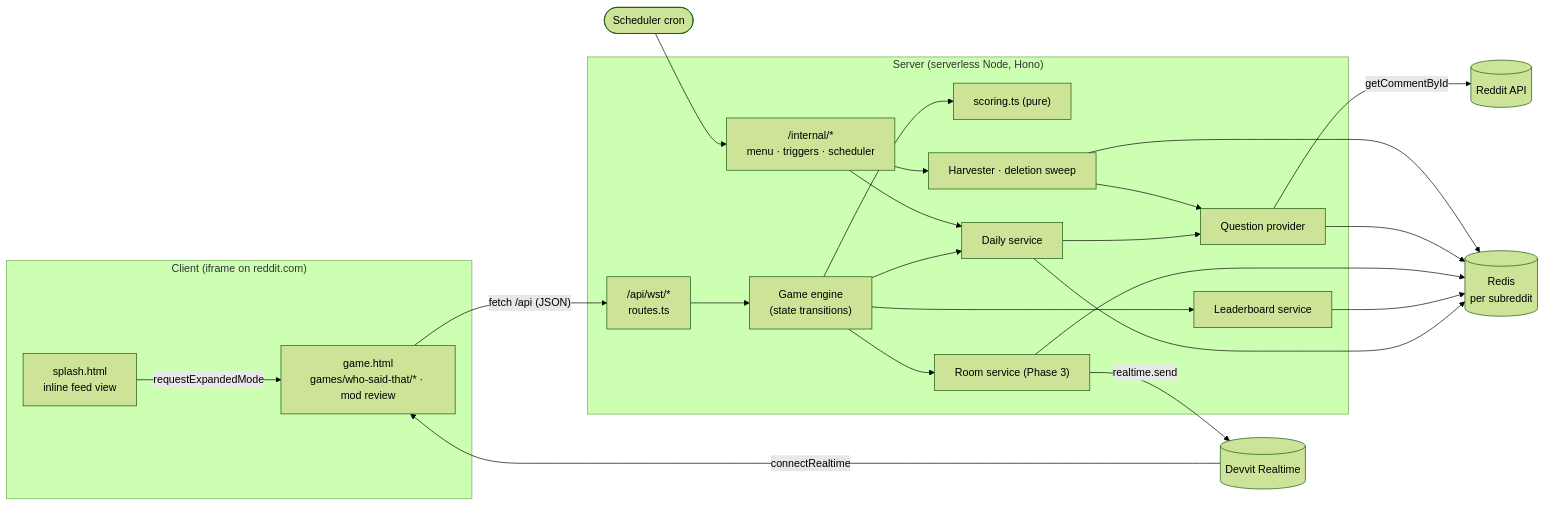
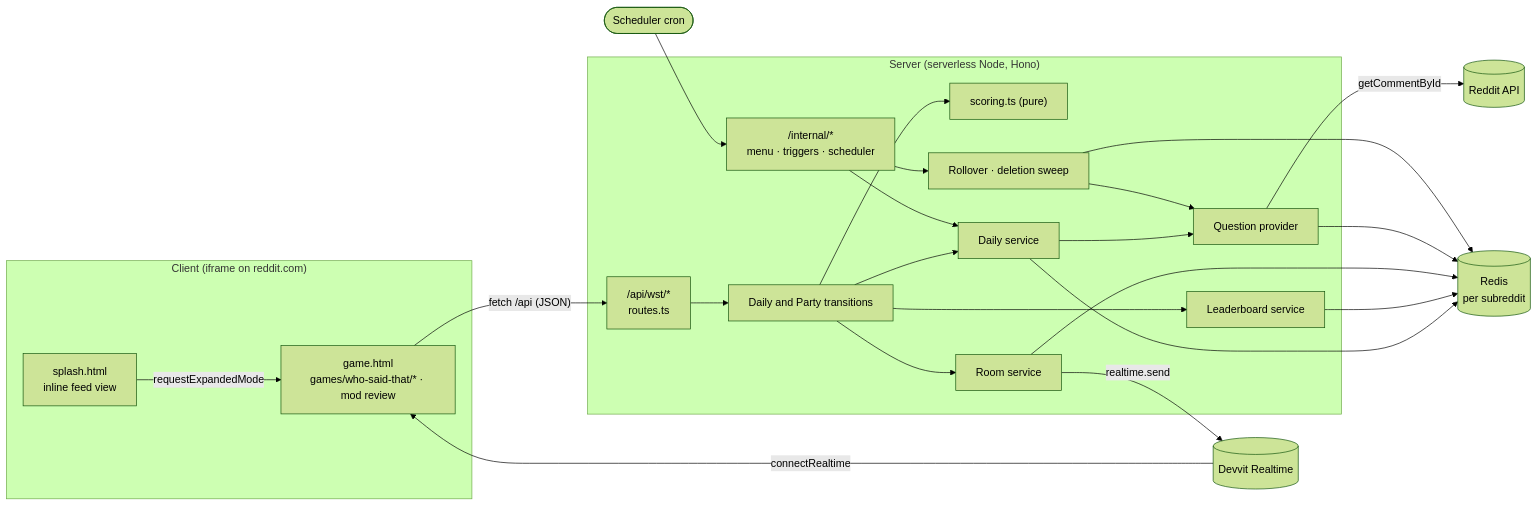
One commit to shin0343/reddit-who-said-that changed the diagram in docs/ARCHITECTURE.md. Above: the diagram before and after it, drawn with Mermaid (forest theme). The commit also changed other lines of this file and 107 other files, not shown here.

````diff
--- a/docs/ARCHITECTURE.md
+++ b/docs/ARCHITECTURE.md
@@ -7,23 +7,23 @@
 ```mermaid
 flowchart LR
   subgraph Client["Client (iframe on reddit.com)"]
     Splash["splash.html<br/>inline feed view"] -->|requestExpandedMode| Game["game.html<br/>games/who-said-that/* · mod review"]
   end
   subgraph Server["Server (serverless Node, Hono)"]
-    API["/api/wst/*<br/>routes.ts"] --> Engine["Game engine<br/>(state transitions)"]
+    API["/api/wst/*<br/>routes.ts"] --> Engine["Daily and Party transitions"]
     Engine --> Scoring["scoring.ts (pure)"]
     Engine --> Daily["Daily service"]
-    Engine --> Room["Room service (Phase 3)"]
+    Engine --> Room["Room service"]
     Daily --> Provider["Question provider"]
     Engine --> LB["Leaderboard service"]
     Internal["/internal/*<br/>menu · triggers · scheduler"] --> Daily
-    Internal --> Harvest["Harvester · deletion sweep"]
+    Internal --> Harvest["Rollover · deletion sweep"]
     Harvest --> Provider
   end
   Game -- "fetch /api (JSON)" --> API
   Room -- "realtime.send" --> RT[("Devvit Realtime")]
   RT -- "connectRealtime" --> Game
   Provider -- "getCommentById" --> Reddit[("Reddit API")]
   Daily & LB & Room & Provider & Harvest --> Redis[("Redis<br/>per subreddit")]
   Cron(["Scheduler cron"]) --> Internal
 ```
````
